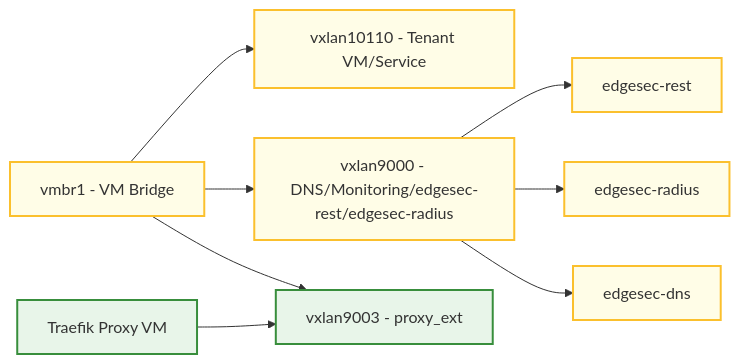
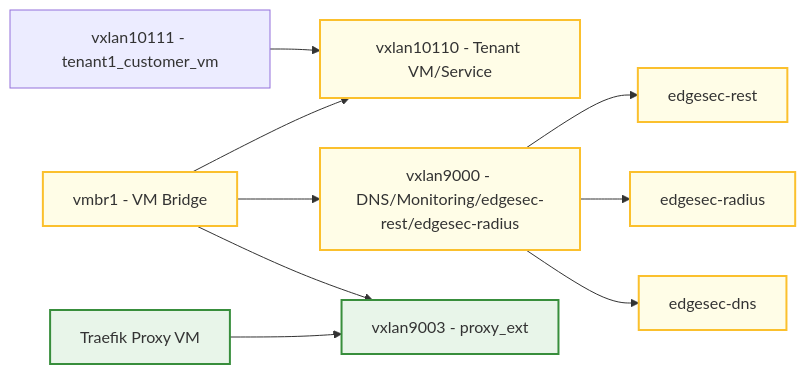
Before and after one commit to CEP-Comwell/proxmox_addons: the third of 4 diagrams in README.md, drawn with Mermaid. The commit also changed 1 other file, not shown here.

````diff
--- a/README.md
+++ b/README.md
@@ -95,22 +95,24 @@
 ```mermaid
 graph LR
 VMBridge[vmbr1 - VM Bridge]
 VX10110[vxlan10110 - Tenant VM/Service]
+CustVM[vxlan10111 - tenant1_customer_vm]
 VX9000[vxlan9000 - DNS/Monitoring/edgesec-rest/edgesec-radius]
 VX9003[vxlan9003 - proxy_ext]
 RestVM[edgesec-rest]
 RadiusVM[edgesec-radius]
 DNSVM[edgesec-dns]
 ProxyVM[Traefik Proxy VM]
 VMBridge --> VX10110
 VMBridge --> VX9000
 VMBridge --> VX9003
 VX9000 --> RestVM
 VX9000 --> RadiusVM
 VX9000 --> DNSVM
 ProxyVM --> VX9003
+CustVM --> VX10110
 classDef vm fill:#fffde7,stroke:#fbc02d,stroke-width:2px;
 classDef proxy fill:#e8f5e9,stroke:#388e3c,stroke-width:2px;
 class VMBridge,VX10110,VX9000,VX9006,RestVM,RadiusVM,DNSVM vm;
 class VX9003,ProxyVM proxy;
 ```
````
